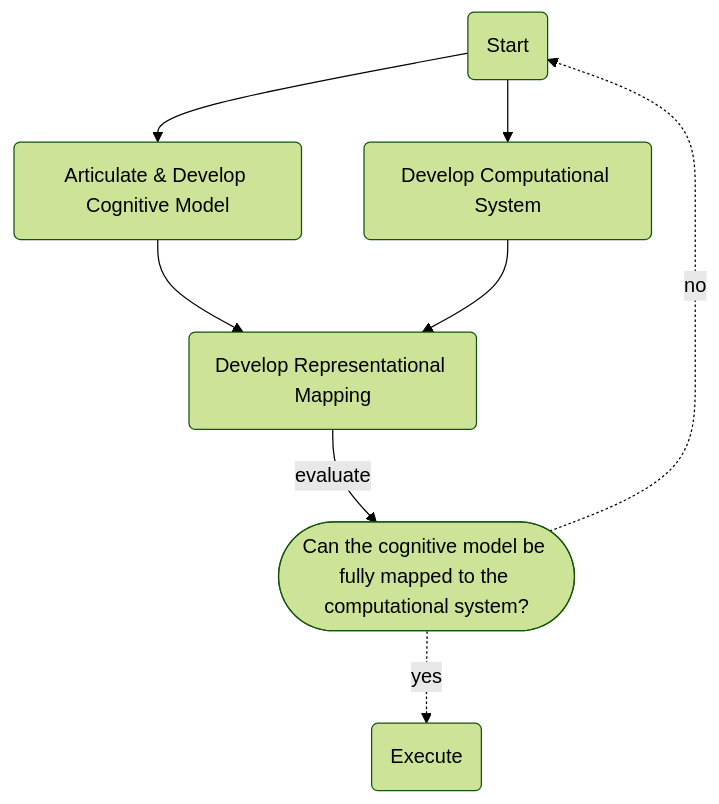
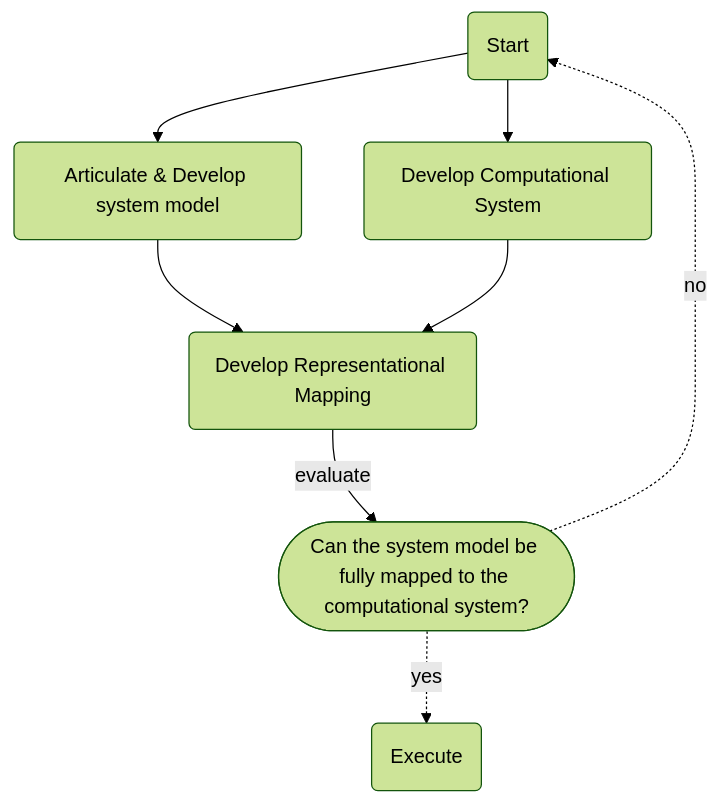
One commit to pahansen95/cogsys-lang changed the diagram in meta/design-and-theory.md. Above: the diagram before and after it, drawn with Mermaid (forest theme). The commit also changed other lines of this file, not shown here.

````diff
--- a/meta/design-and-theory.md
+++ b/meta/design-and-theory.md
@@ -40,7 +46,7 @@
 ```mermaid
 flowchart TD;
-  A(Start)--> B(Articulate & Develop Cognitive Model) & C(Develop Computational System)--> D(Develop Representational Mapping)
-  D -- evaluate --> ready([Can the cognitive model be fully mapped to the computational system?])
+  A(Start)--> B(Articulate & Develop system model) & C(Develop Computational System)--> D(Develop Representational Mapping)
+  D -- evaluate --> ready([Can the system model be fully mapped to the computational system?])
   ready -. yes .-> E(Execute)
   ready -. no .-> A 
 ```
````
